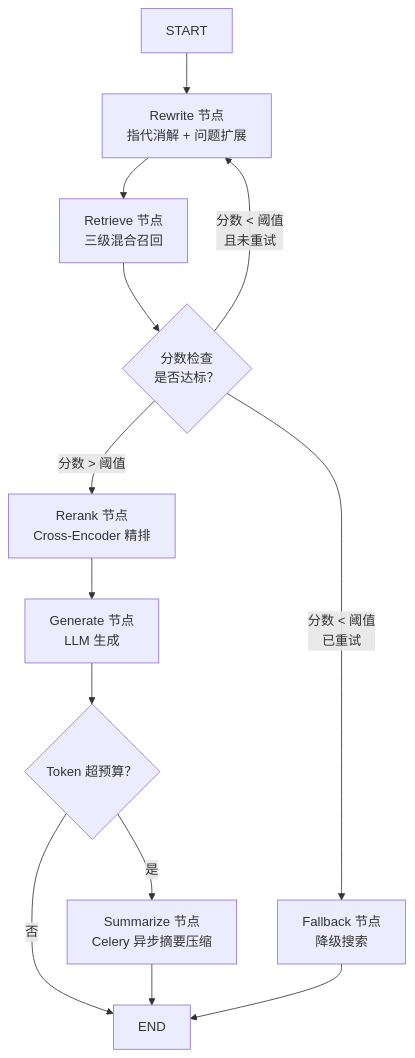
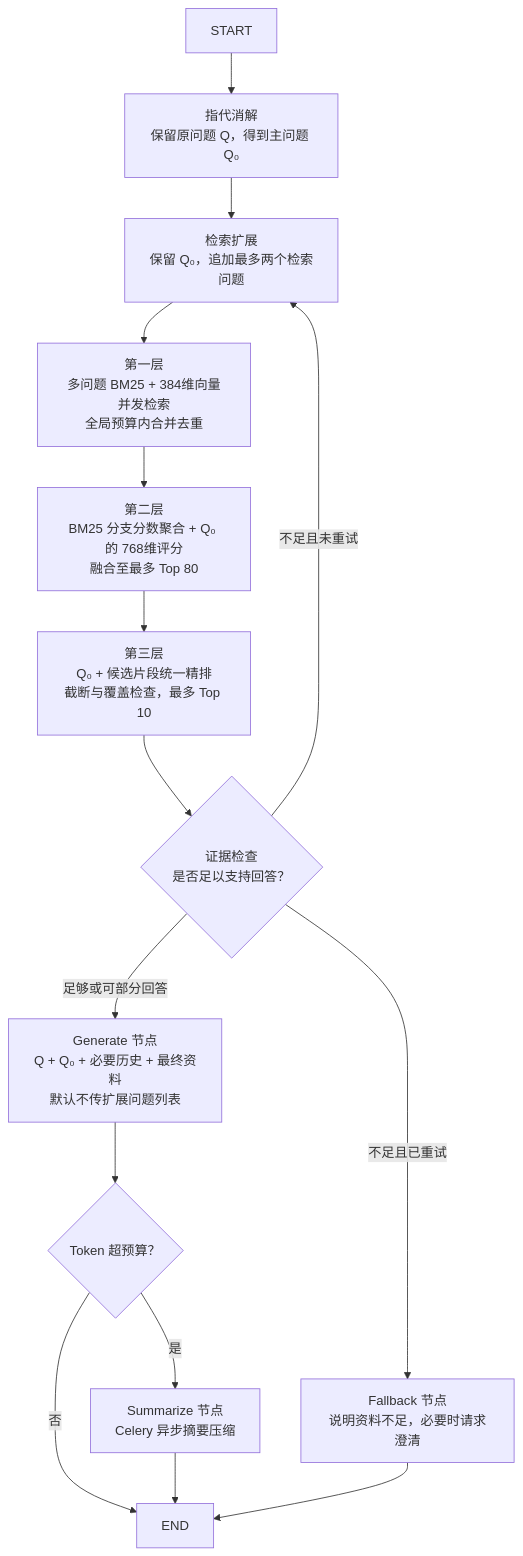
One commit to edwin98/Obsidian-Notes changed the diagram in 02_RAG系统/05_答案生成与上下文管理.md. Above: the diagram before and after it, drawn with Mermaid. The commit also changed other lines of this file and 14 other files, not shown here.

````diff
--- a/02_RAG系统/05_答案生成与上下文管理.md
+++ b/02_RAG系统/05_答案生成与上下文管理.md
@@ -24,15 +42,17 @@
 ```mermaid
 graph TD
-    START --> Rewrite["Rewrite 节点<br/>指代消解 + 问题扩展"]
-    Rewrite --> Retrieve["Retrieve 节点<br/>三级混合召回"]
-    Retrieve --> ScoreCheck{"分数检查<br/>是否达标？"}
-    ScoreCheck -->|"分数 > 阈值"| Rerank["Rerank 节点<br/>Cross-Encoder 精排"]
-    ScoreCheck -->|"分数 < 阈值<br/>且未重试"| Rewrite
-    ScoreCheck -->|"分数 < 阈值<br/>已重试"| Fallback["Fallback 节点<br/>降级搜索"]
-    Rerank --> Generate["Generate 节点<br/>LLM 生成"]
+    START --> Resolve["指代消解<br/>保留原问题 Q，得到主问题 Q₀"]
+    Resolve --> Expand["检索扩展<br/>保留 Q₀，追加最多两个检索问题"]
+    Expand --> Retrieve["第一层<br/>多问题 BM25 + 384维向量并发检索<br/>全局预算内合并去重"]
+    Retrieve --> Refine["第二层<br/>BM25 分支分数聚合 + Q₀ 的 768维评分<br/>融合至最多 Top 80"]
+    Refine --> Rerank["第三层<br/>Q₀ + 候选片段统一精排<br/>截断与覆盖检查，最多 Top 10"]
+    Rerank --> ScoreCheck{"证据检查<br/>是否足以支持回答？"}
+    ScoreCheck -->|"足够或可部分回答"| Generate["Generate 节点<br/>Q + Q₀ + 必要历史 + 最终资料<br/>默认不传扩展问题列表"]
+    ScoreCheck -->|"不足且未重试"| Expand
+    ScoreCheck -->|"不足且已重试"| Fallback["Fallback 节点<br/>说明资料不足，必要时请求澄清"]
     Generate --> SummaryCheck{"Token 超预算？"}
     SummaryCheck -->|"否"| END
     SummaryCheck -->|"是"| Summarize["Summarize 节点<br/>Celery 异步摘要压缩"]
     Summarize --> END
     Fallback --> END
 ```
````
